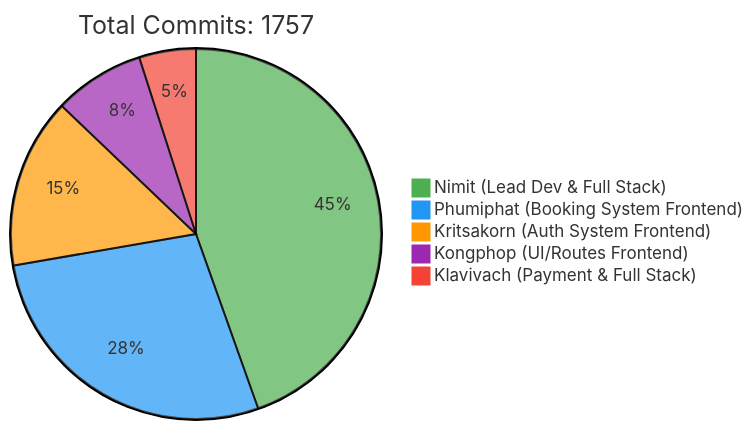
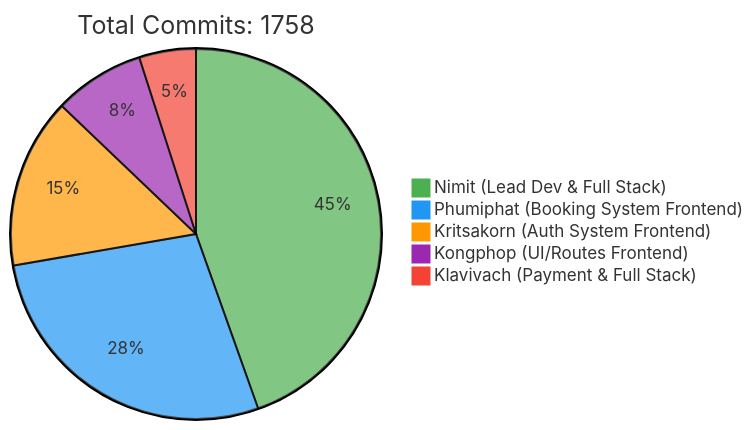
The first of 2 diagrams in README.md (6531503042/Sport-Complex), drawn with Mermaid before and after one commit. The commit also changed other lines of this file, not shown here.

Commit message:
docs: Update contributor statistics [skip ci]

````diff
--- a/README.md
+++ b/README.md
@@ -257,10 +257,10 @@
 ```mermaid
 %%{init: {'theme': 'base', 'themeVariables': { 'pie1': '#4CAF50', 'pie2': '#2196F3', 'pie3': '#FF9800', 'pie4': '#9C27B0', 'pie5': '#F44336'}}}%%
 pie
-    title Total Commits: 1757
+    title Total Commits: 1758
     "Nimit (Lead Dev & Full Stack)" : 450
     "Phumiphat (Booking System Frontend)" : 280
     "Kritsakorn (Auth System Frontend)" : 150
     "Kongphop (UI/Routes Frontend)" : 80
     "Klavivach (Payment & Full Stack)" : 50
 ```
````
